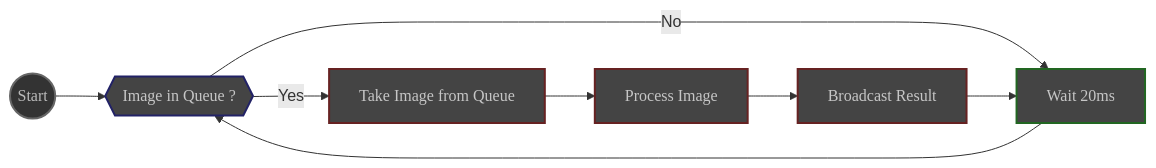
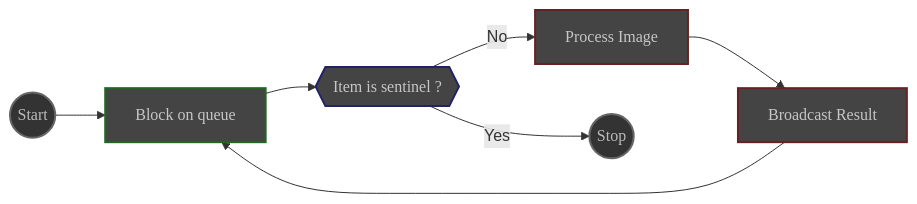
One commit to deufrai/als changed the first of 4 diagrams in website/content/en/docs/v1.0/reference/modules/_index.md. Above: the diagram before and after it, drawn with Mermaid. The commit also changed other lines of this file and 3 other files, not shown here.

````diff
--- a/website/content/en/docs/v1.0/reference/modules/_index.md
+++ b/website/content/en/docs/v1.0/reference/modules/_index.md
@@ -48,30 +47,30 @@
 ```mermaid
 flowchart LR
     START((Start))
-    TEST{{Image in Queue ?}}
-    TAKE[Take Image from Queue]
+    WAIT[Block on queue]
+    TEST{{Item is sentinel ?}}
     PROCESS[Process Image]
     BROADCAST[Broadcast Result]
-    WAIT[Wait 20ms]
+    STOP((Stop))
     
-    START --> TEST
-    TEST -- Yes --> TAKE
-    TEST -- No --> WAIT
-    TAKE --> PROCESS
+    START --> WAIT
+    WAIT --> TEST
+    TEST -- No --> PROCESS
     PROCESS --> BROADCAST
     BROADCAST --> WAIT
-    WAIT --> TEST
+    TEST -- Yes --> STOP
     
     classDef bounds fill: #333, stroke: #666, stroke-width: 2px, color: #BBB, font-family: 'Poppins', sans-serif
     classDef step fill: #444, stroke: #622, stroke-width:2px, color: #c6c6c6, font-family: 'Poppins',sans-serif
     classDef wait  fill: #444, stroke: #262, stroke-width: 2px, color: #c6c6c6, font-family: 'Poppins', sans-serif
     classDef test fill: #444, stroke: #226,stroke-width: 2px, color: #c6c6c6, font-family:'Poppins', sans-serif
 
 
     class START bounds
     class TEST test
     class TAKE step
     class PROCESS step
     class BROADCAST step
     class WAIT wait
+    class STOP bounds
 ```
````
